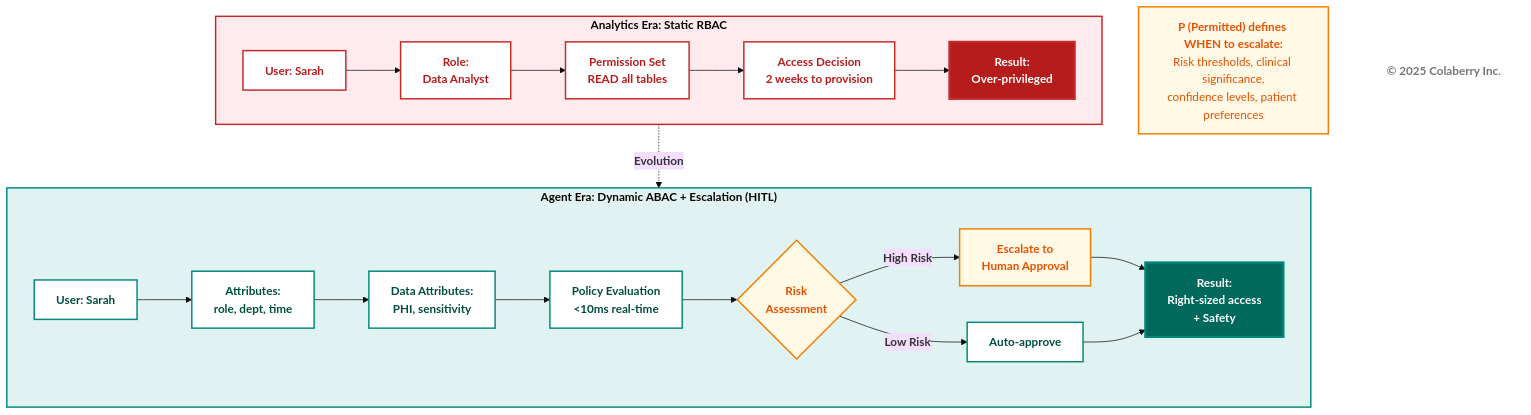
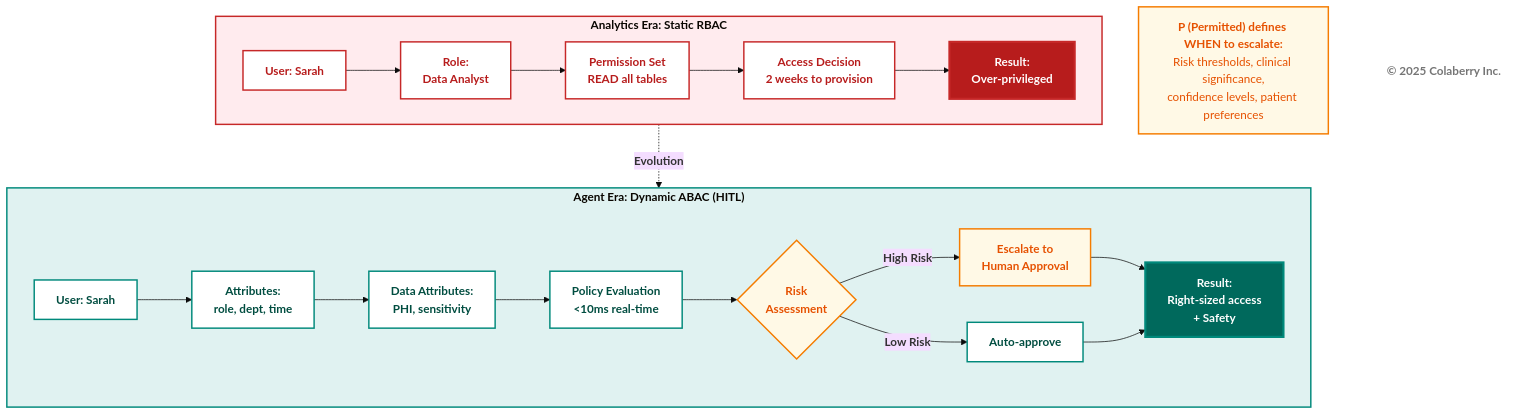
One commit to colaberry/enterprise-data-readiness-ai-agents changed the sixth of 9 diagrams in chapter-00/chapter_00_complete.md. Above: the diagram before and after it, drawn with Mermaid (base theme). The commit also changed other lines of this file, not shown here.

````diff
--- a/chapter-00/chapter_00_complete.md
+++ b/chapter-00/chapter_00_complete.md
@@ -513,49 +522,49 @@
 ```mermaid
 graph TB
     subgraph ERA1["<b>Analytics Era: Static RBAC</b>"]
         direction LR
         A1["<b>User: Sarah</b>"] --> B1["<b>Role:<br/>Data Analyst</b>"]
         B1 --> C1["<b>Permission Set<br/>READ all tables</b>"]
         C1 --> D1["<b>Access Decision<br/>2 weeks to provision</b>"]
         D1 --> E1["<b>Result:<br/>Over-privileged</b>"]
         
         style E1 fill:#b71c1c,color:#ffffff,stroke:#c62828,stroke-width:3px
     end
     
     ERA1 -.->|<b>Evolution</b>| ERA2
     
-    subgraph ERA2["<b>Agent Era: Dynamic ABAC + Escalation (HITL)</b>"]
+    subgraph ERA2["<b>Agent Era: Dynamic ABAC (HITL)</b>"]
         direction LR
         A2["<b>User: Sarah</b>"] --> B2["<b>Attributes:<br/>role, dept, time</b>"]
         B2 --> C2["<b>Data Attributes:<br/>PHI, sensitivity</b>"]
         C2 --> D2["<b>Policy Evaluation<br/>&lt;10ms real-time</b>"]
         D2 --> E2{"<b>Risk<br/>Assessment</b>"}
         E2 -->|<b>High Risk</b>| F2["<b>Escalate to<br/>Human Approval</b>"]
         E2 -->|<b>Low Risk</b>| G2["<b>Auto-approve</b>"]
         F2 --> H2["<b>Result:<br/>Right-sized access<br/>+ Safety</b>"]
         G2 --> H2
         
         style H2 fill:#00695c,color:#ffffff,stroke:#00897b,stroke-width:3px
         style E2 fill:#fff9e6,stroke:#f57c00,stroke-width:2px,color:#e65100
         style F2 fill:#fff9e6,stroke:#f57c00,stroke-width:2px,color:#e65100
     end
     
     style ERA1 fill:#ffebee,stroke:#c62828,stroke-width:2px
     style A1 fill:#ffffff,stroke:#c62828,stroke-width:2px,color:#b71c1c
     style B1 fill:#ffffff,stroke:#c62828,stroke-width:2px,color:#b71c1c
     style C1 fill:#ffffff,stroke:#c62828,stroke-width:2px,color:#b71c1c
     style D1 fill:#ffffff,stroke:#c62828,stroke-width:2px,color:#b71c1c
     
     style ERA2 fill:#e0f2f1,stroke:#00897b,stroke-width:2px
     style A2 fill:#ffffff,stroke:#00897b,stroke-width:2px,color:#004d40
     style B2 fill:#ffffff,stroke:#00897b,stroke-width:2px,color:#004d40
     style C2 fill:#ffffff,stroke:#00897b,stroke-width:2px,color:#004d40
     style D2 fill:#ffffff,stroke:#00897b,stroke-width:2px,color:#004d40
     style G2 fill:#ffffff,stroke:#00897b,stroke-width:2px,color:#004d40
     
     HITL_NOTE["<b>P (Permitted) defines WHEN to escalate:</b><br/>Risk thresholds, clinical significance,<br/>confidence levels, patient preferences"]
     style HITL_NOTE fill:#fff9e6,stroke:#f57c00,stroke-width:2px,color:#e65100
     
     Copyright["<b>© 2025 Colaberry Inc.</b>"]
     style Copyright fill:#ffffff,stroke:none,color:#757575
 ```
````
